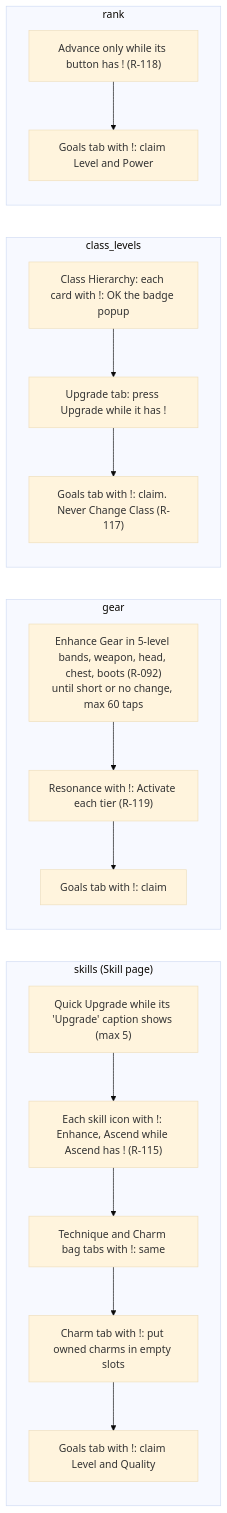
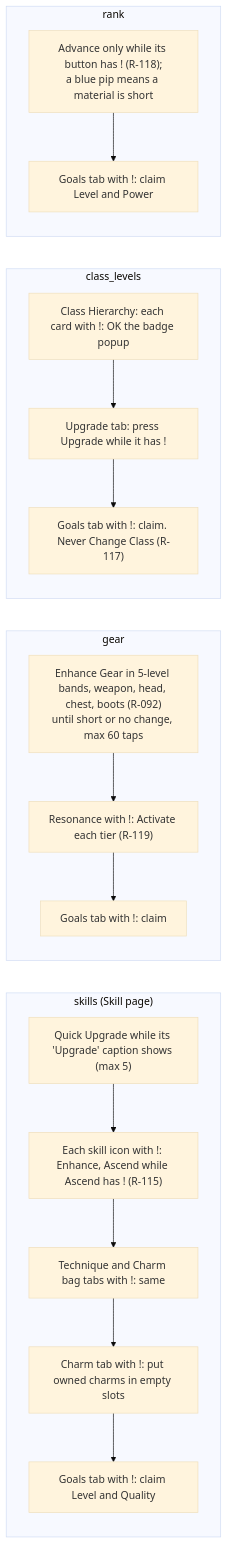
The second of 3 diagrams in docs/loops/upgrade.md (Sun-flow/sxs-agent), drawn with Mermaid (base theme) before and after one commit. The commit also changed other lines of this file and 4 other files, not shown here.

First line of the commit message:
R-118: rank advancement comes first at the level cap (mae 2026-11-11 05:20); planned rank-first branch in the get_stronger flowchart; code to-do in status

````diff
--- a/docs/loops/upgrade.md
+++ b/docs/loops/upgrade.md
@@ -48,24 +48,24 @@
 ```mermaid
 flowchart LR
     subgraph skills["skills (Skill page)"]
         direction TB
         s1["Quick Upgrade while its 'Upgrade' caption shows (max 5)"] --> s2["Each skill icon with !: Enhance, Ascend while Ascend has ! (R-115)"]
         s2 --> s3["Technique and Charm bag tabs with !: same"]
         s3 --> s4["Charm tab with !: put owned charms in empty slots"]
         s4 --> s5["Goals tab with !: claim Level and Quality"]
     end
     subgraph gear["gear"]
         direction TB
         g1["Enhance Gear in 5-level bands, weapon, head, chest, boots (R-092)<br/>until short or no change, max 60 taps"] --> g2["Resonance with !: Activate each tier (R-119)"]
         g2 --> g3["Goals tab with !: claim"]
     end
     subgraph class_levels["class_levels"]
         direction TB
         c1["Class Hierarchy: each card with !: OK the badge popup"] --> c2["Upgrade tab: press Upgrade while it has !"]
         c2 --> c3["Goals tab with !: claim. Never Change Class (R-117)"]
     end
     subgraph rank["rank"]
         direction TB
-        r1["Advance only while its button has ! (R-118)"] --> r2["Goals tab with !: claim Level and Power"]
+        r1["Advance only while its button has ! (R-118);<br/>a blue pip means a material is short"] --> r2["Goals tab with !: claim Level and Power"]
     end
 ```
````
